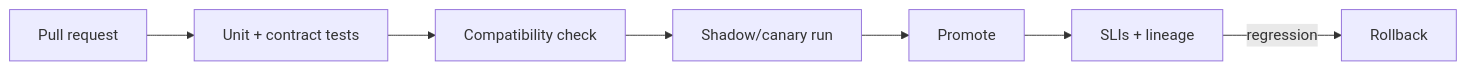
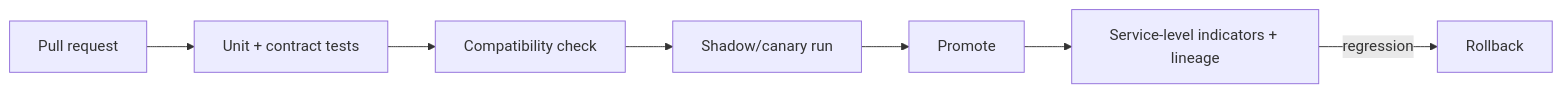
One commit to MarioOrellana58/data-engineering-interviews-study-guide changed the diagram in intermediate/05-dataops/README.md. Above: the diagram before and after it, drawn with Mermaid. The commit also changed other lines of this file and 27 other files, not shown here.

````diff
--- a/intermediate/05-dataops/README.md
+++ b/intermediate/05-dataops/README.md
@@ -9,9 +9,9 @@
 ```mermaid
 flowchart LR
     PR[Pull request] --> U[Unit + contract tests]
     U --> C[Compatibility check]
     C --> S[Shadow/canary run]
     S --> P[Promote]
-    P --> O[SLIs + lineage]
+    P --> O[Service-level indicators + lineage]
     O -->|regression| R[Rollback]
 ```
````
